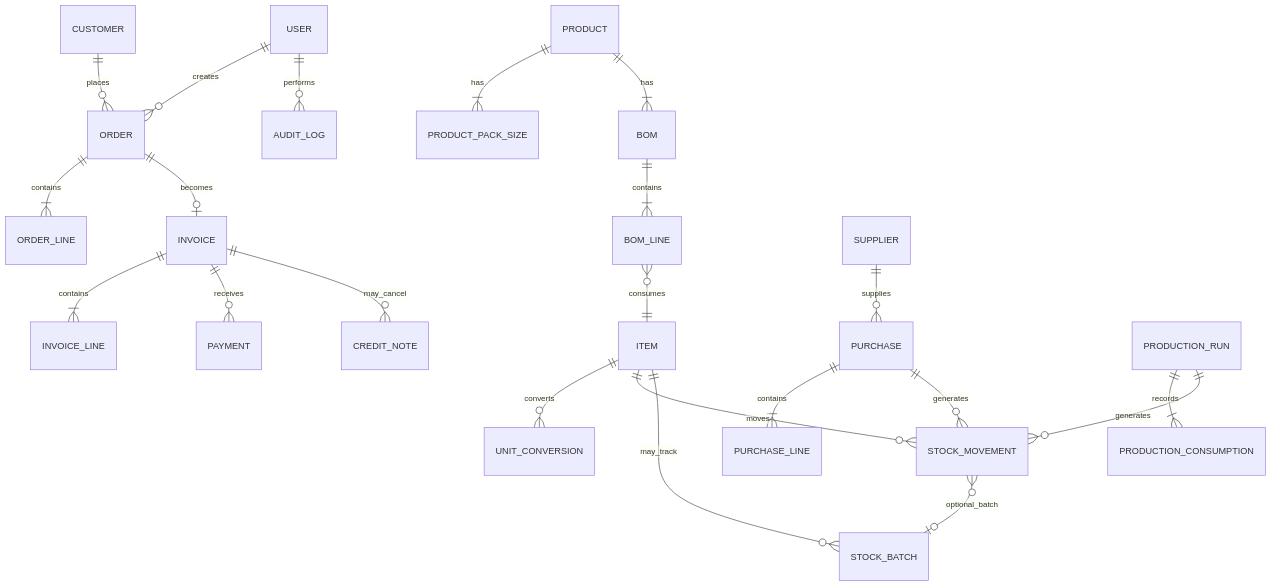
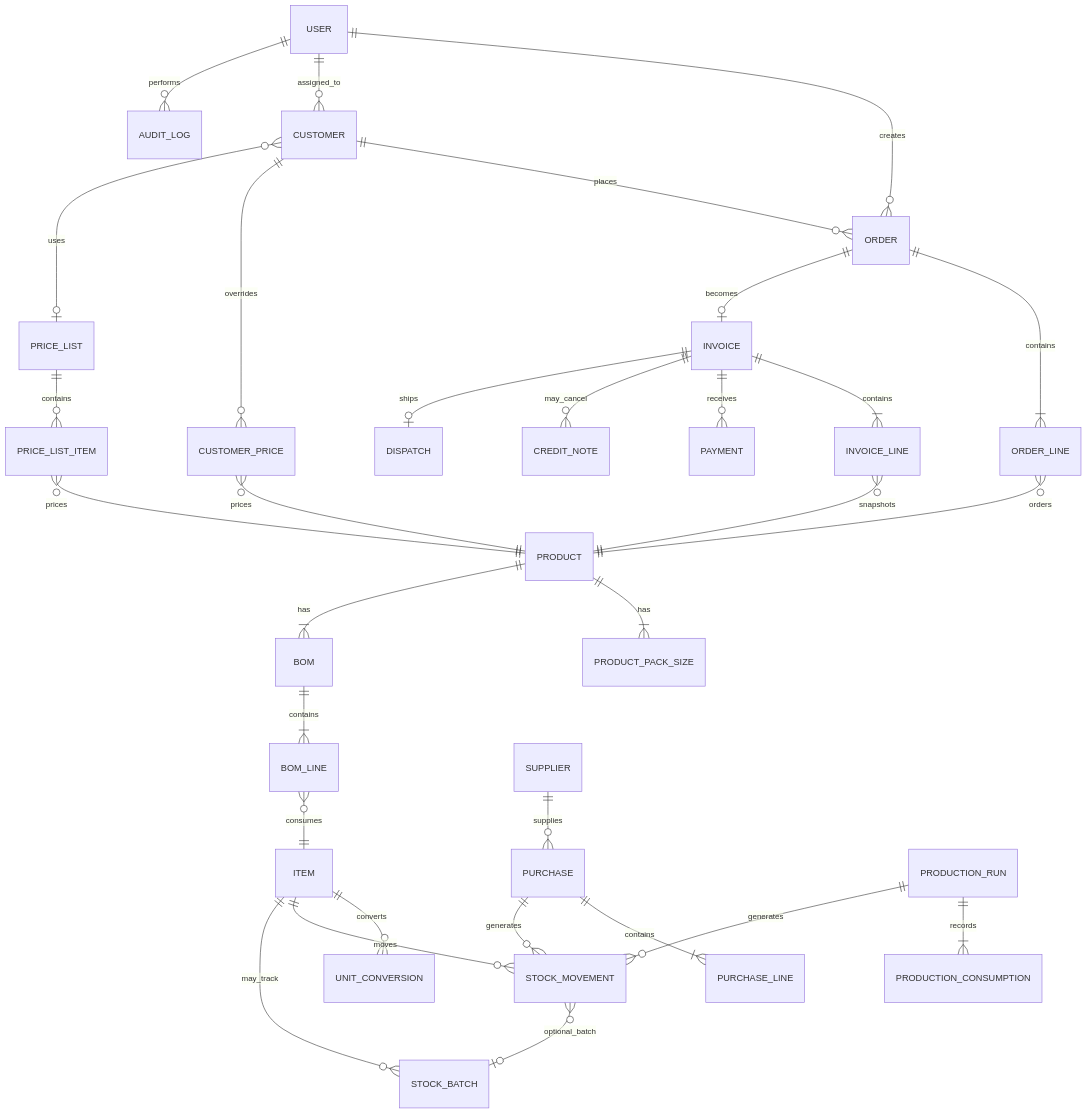
Before and after one commit to sarthi278/NITT: the diagram in DESIGN_PHASE0.md, drawn with Mermaid. The commit also changed other lines of this file and 44 other files, not shown here.

````diff
--- a/DESIGN_PHASE0.md
+++ b/DESIGN_PHASE0.md
@@ -9,29 +9,38 @@
 ```mermaid
 erDiagram
     USER ||--o{ ORDER : creates
+    USER ||--o{ CUSTOMER : assigned_to
     CUSTOMER ||--o{ ORDER : places
     ORDER ||--|{ ORDER_LINE : contains
     ORDER ||--o| INVOICE : becomes
     INVOICE ||--|{ INVOICE_LINE : contains
     INVOICE ||--o{ PAYMENT : receives
     INVOICE ||--o{ CREDIT_NOTE : may_cancel
+    INVOICE ||--o| DISPATCH : ships
+    CUSTOMER ||--o{ CUSTOMER_PRICE : overrides
+    PRICE_LIST ||--o{ PRICE_LIST_ITEM : contains
+    CUSTOMER }o--o| PRICE_LIST : uses
+    PRICE_LIST_ITEM }o--|| PRODUCT : prices
+    CUSTOMER_PRICE }o--|| PRODUCT : prices
+    ORDER_LINE }o--|| PRODUCT : orders
+    INVOICE_LINE }o--|| PRODUCT : snapshots
 
     PRODUCT ||--|{ PRODUCT_PACK_SIZE : has
     PRODUCT ||--|{ BOM : has
     BOM ||--|{ BOM_LINE : contains
     BOM_LINE }o--|| ITEM : consumes
 
     SUPPLIER ||--o{ PURCHASE : supplies
     PURCHASE ||--|{ PURCHASE_LINE : contains
     PURCHASE ||--o{ STOCK_MOVEMENT : generates
 
     PRODUCTION_RUN ||--|{ PRODUCTION_CONSUMPTION : records
     PRODUCTION_RUN ||--o{ STOCK_MOVEMENT : generates
 
     ITEM ||--o{ UNIT_CONVERSION : converts
     ITEM ||--o{ STOCK_MOVEMENT : moves
     ITEM ||--o{ STOCK_BATCH : may_track
     STOCK_MOVEMENT }o--o| STOCK_BATCH : optional_batch
 
     USER ||--o{ AUDIT_LOG : performs
 ```
````
